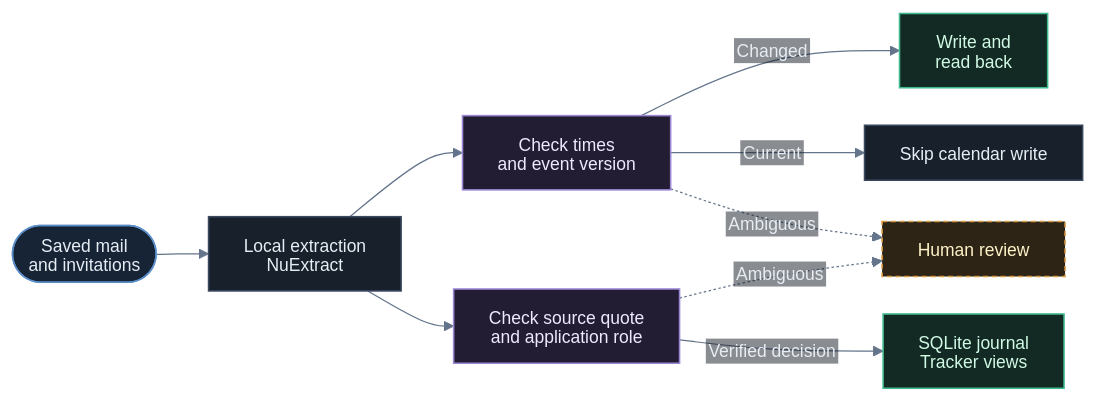
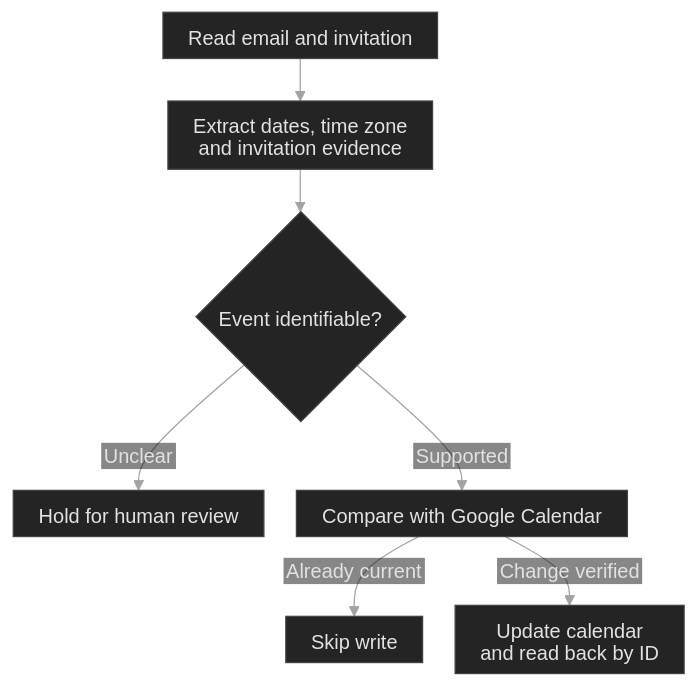
One commit to kazuall/finance-process-portfolio changed the diagram in diagrams/email.mmd. Above: the diagram before and after it, drawn with Mermaid. The commit also changed 20 other files, not shown here.

```diff
--- a/diagrams/email.mmd
+++ b/diagrams/email.mmd
@@ -1,39 +1,35 @@
 ---
 config:
   theme: base
   htmlLabels: false
   themeVariables:
     darkMode: true
-    background: transparent
+    background: '#101010'
     fontFamily: 'Inter, -apple-system, BlinkMacSystemFont, Segoe UI, sans-serif'
-    fontSize: '14px'
-    primaryTextColor: '#e6edf3'
-    lineColor: '#64748b'
-    textColor: '#e6edf3'
-    edgeLabelBackground: '#141a24'
-    clusterBkg: '#141a24'
-    clusterBorder: '#303d52'
+    fontSize: '16px'
+    primaryColor: '#242424'
+    primaryTextColor: '#e2e2e2'
+    primaryBorderColor: '#434343'
+    lineColor: '#a3a3a3'
+    edgeLabelBackground: '#101010'
+    textColor: '#cdcdcd'
   flowchart:
     htmlLabels: false
     useMaxWidth: false
-    nodeSpacing: 30
-    rankSpacing: 42
-    padding: 14
-    diagramPadding: 10
+    nodeSpacing: 26
+    rankSpacing: 34
+    wrappingWidth: 270
+    padding: 10
+    diagramPadding: 5
     curve: basis
-  themeCSS: 'text{font-family: Inter, "Segoe UI", Arial, sans-serif;}.node rect.label-container{rx:8px;ry:8px}.cluster rect{rx:8px;ry:8px}.edgeLabel .labelBkg{fill:#141a24 !important}.edgeLabel text{fill:#c5d2e4 !important}.cluster-label text{fill:#c5d2e4 !important;font-weight:600}'
+  themeCSS: 'text,tspan{font-family:system-ui,sans-serif!important}.node rect.label-container{rx:3px;ry:3px}.node rect,.node polygon,.flowchart-link{stroke-width:1px!important}.edgeLabel .labelBkg{fill:#101010!important;opacity:1!important}.edgeLabel text{fill:#c4c4c4!important}'
 ---
-flowchart LR
-  mail(["Saved mail<br/>and invitations"]):::source --> extract["Local extraction<br/>NuExtract"]:::process
-  extract --> cal["Check times<br/>and event version"]:::check
-  extract --> app["Check source quote<br/>and application role"]:::check
-  cal -->|Changed| write["Write and<br/>read back"]:::output
-  cal -->|Current| noop["Skip calendar write"]:::process
-  app -->|Verified decision| journal["SQLite journal<br/>Tracker views"]:::output
-  cal -. Ambiguous .-> human["Human review"]:::human
-  app -. Ambiguous .-> human
-  classDef source fill:#162436,stroke:#5b8ec9,color:#e6edf3,stroke-width:1.25px
-  classDef process fill:#18202c,stroke:#3b4960,color:#e6edf3,stroke-width:1.25px
-  classDef check fill:#231d33,stroke:#9b87d4,color:#ede9fe,stroke-width:1.25px
-  classDef human fill:#2e2415,stroke:#d99b43,color:#fef3c7,stroke-width:1.25px,stroke-dasharray:4 3
-  classDef output fill:#132a24,stroke:#3fb98b,color:#d1fae5,stroke-width:1.25px
+flowchart TB
+  accTitle: Calendar updates
+  accDescr: Local extraction proposes a calendar change. Ambiguous evidence goes to human review. A supported invitation is matched to the calendar, where current events are skipped and changes are written and read back by ID.
+  mail["Read email and invitation"] --> extract["Extract dates, time zone<br/>and invitation evidence"]
+  extract --> proof{"Event identifiable?"}
+  proof -->|Unclear| review["Hold for human review"]
+  proof -->|Supported| match["Compare with Google Calendar"]
+  match -->|Already current| noop["Skip write"]
+  match -->|Change verified| write["Update calendar<br/>and read back by ID"]
```
